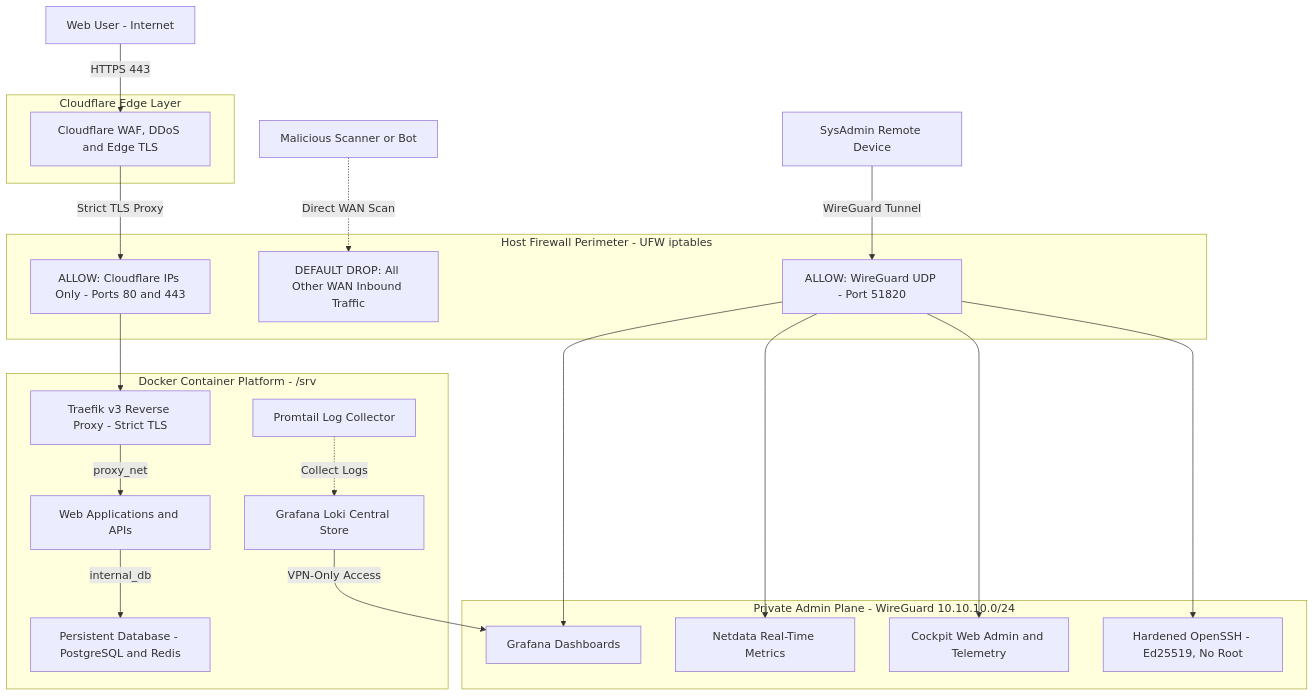
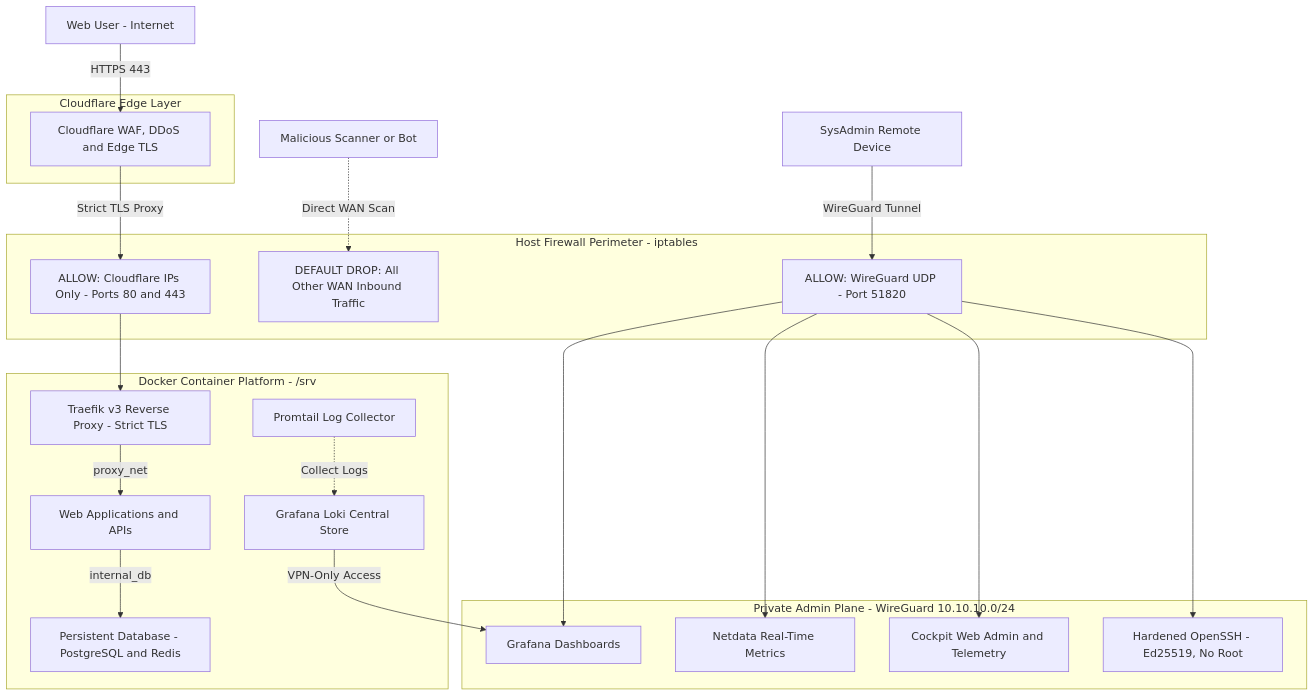
The diagram in README.md (gabzaf/zero-trust-vps-platform), drawn with Mermaid before and after one commit. The commit also changed other lines of this file, not shown here.

````diff
--- a/README.md
+++ b/README.md
@@ -16,48 +16,48 @@
 ```mermaid
 graph TD
     User["Web User - Internet"]
     Attacker["Malicious Scanner or Bot"]
     Admin["SysAdmin Remote Device"]
 
     subgraph Cloudflare_Edge["Cloudflare Edge Layer"]
         CF_WAF["Cloudflare WAF, DDoS and Edge TLS"]
     end
 
-    subgraph Host_Firewall["Host Firewall Perimeter - UFW iptables"]
+    subgraph Host_Firewall["Host Firewall Perimeter - iptables"]
         FW_CF["ALLOW: Cloudflare IPs Only - Ports 80 and 443"]
         FW_WG["ALLOW: WireGuard UDP - Port 51820"]
         FW_DROP["DEFAULT DROP: All Other WAN Inbound Traffic"]
     end
 
     subgraph Admin_Plane["Private Admin Plane - WireGuard 10.10.10.0/24"]
         SSH["Hardened OpenSSH - Ed25519, No Root"]
         Cockpit["Cockpit Web Admin and Telemetry"]
         Netdata["Netdata Real-Time Metrics"]
         Grafana["Grafana Dashboards"]
     end
 
     subgraph App_Platform["Docker Container Platform - /srv"]
         Traefik["Traefik v3 Reverse Proxy - Strict TLS"]
         WebApp["Web Applications and APIs"]
         DB["Persistent Database - PostgreSQL and Redis"]
         Promtail["Promtail Log Collector"]
         Loki["Grafana Loki Central Store"]
     end
 
     User -->|HTTPS 443| CF_WAF
     CF_WAF -->|Strict TLS Proxy| FW_CF
     FW_CF --> Traefik
     Traefik -->|proxy_net| WebApp
     WebApp -->|internal_db| DB
 
     Attacker -.->|Direct WAN Scan| FW_DROP
 
     Admin -->|WireGuard Tunnel| FW_WG
     FW_WG --> SSH
     FW_WG --> Cockpit
     FW_WG --> Netdata
     FW_WG --> Grafana
 
     Promtail -.->|Collect Logs| Loki
     Loki -->|VPN-Only Access| Grafana
 ```
````
